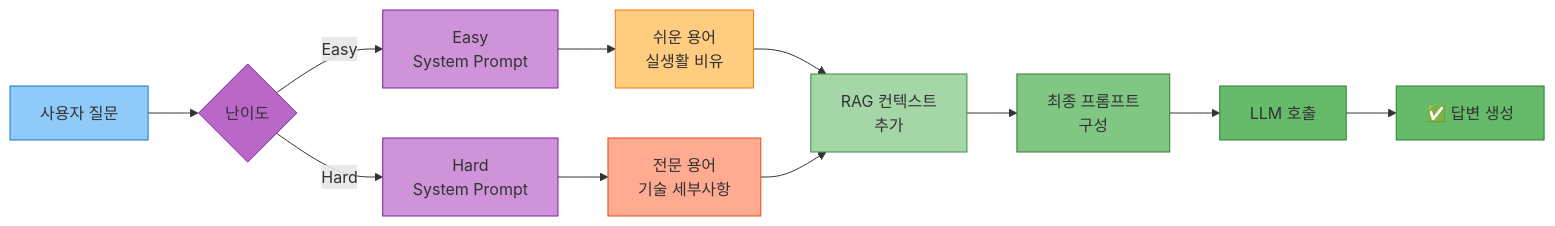
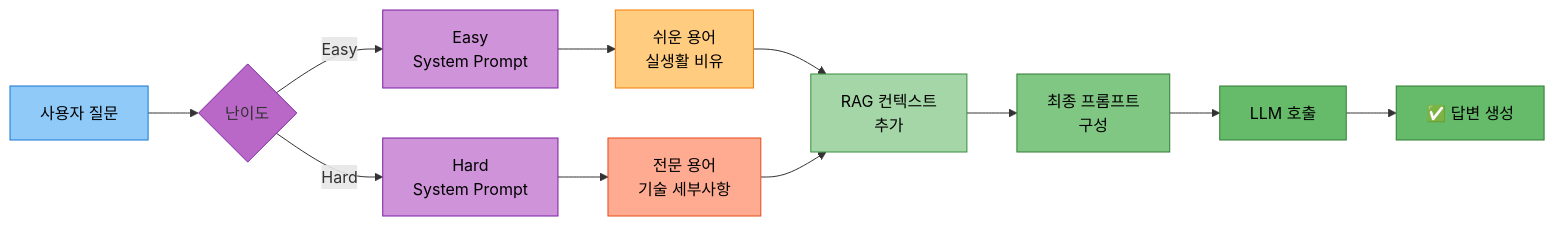
Before and after one commit to woghd8503/langchainproject-new-langchainproject_5: the second of 2 diagrams in docs/roles/담당역할_04_임예슬_UI_프롬프트.md, drawn with Mermaid. The commit also changed other lines of this file and 3 other files, not shown here.

First line of the commit message:
docs: 역할 문서의 mermaid 다이어그램 텍스트 색상을 검정으로 통일

````diff
--- a/docs/roles/담당역할_04_임예슬_UI_프롬프트.md
+++ b/docs/roles/담당역할_04_임예슬_UI_프롬프트.md
@@ -94,28 +94,28 @@
 ```mermaid
 graph LR
     A[사용자 질문] --> B{난이도}
 
     B -->|Easy| C[Easy<br/>System Prompt]
     B -->|Hard| D[Hard<br/>System Prompt]
 
     C --> E1[쉬운 용어<br/>실생활 비유]
     D --> E2[전문 용어<br/>기술 세부사항]
 
     E1 --> F[RAG 컨텍스트<br/>추가]
     E2 --> F
 
     F --> G[최종 프롬프트<br/>구성]
     G --> H[LLM 호출]
     H --> I[✅ 답변 생성]
 
-    style A fill:#90caf9,stroke:#1976d2
+    style A fill:#90caf9,stroke:#1976d2,color:#000
     style B fill:#ba68c8,stroke:#7b1fa2
-    style C fill:#ce93d8,stroke:#7b1fa2
-    style D fill:#ce93d8,stroke:#7b1fa2
-    style E1 fill:#ffcc80,stroke:#f57c00
-    style E2 fill:#ffab91,stroke:#e64a19
-    style F fill:#a5d6a7,stroke:#388e3c
-    style G fill:#81c784,stroke:#2e7d32
-    style H fill:#66bb6a,stroke:#2e7d32
-    style I fill:#66bb6a,stroke:#2e7d32
+    style C fill:#ce93d8,stroke:#7b1fa2,color:#000
+    style D fill:#ce93d8,stroke:#7b1fa2,color:#000
+    style E1 fill:#ffcc80,stroke:#f57c00,color:#000
+    style E2 fill:#ffab91,stroke:#e64a19,color:#000
+    style F fill:#a5d6a7,stroke:#388e3c,color:#000
+    style G fill:#81c784,stroke:#2e7d32,color:#000
+    style H fill:#66bb6a,stroke:#2e7d32,color:#000
+    style I fill:#66bb6a,stroke:#2e7d32,color:#000
 ```
````
